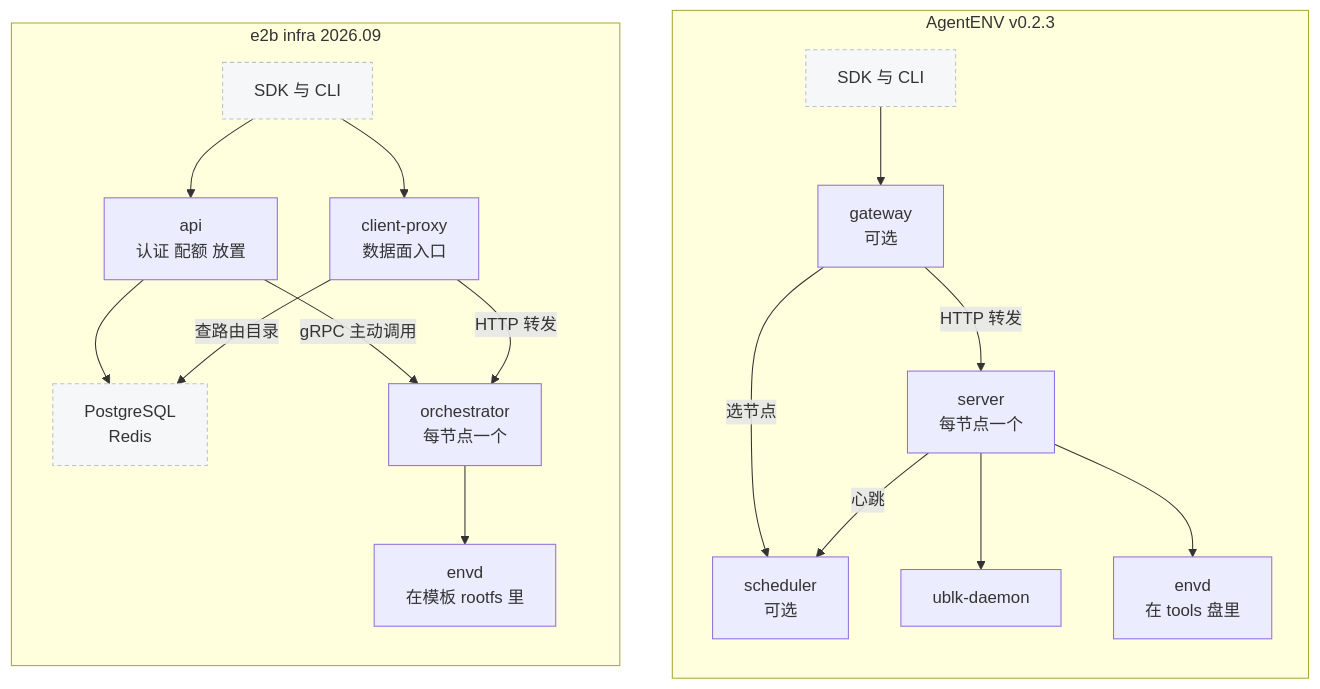
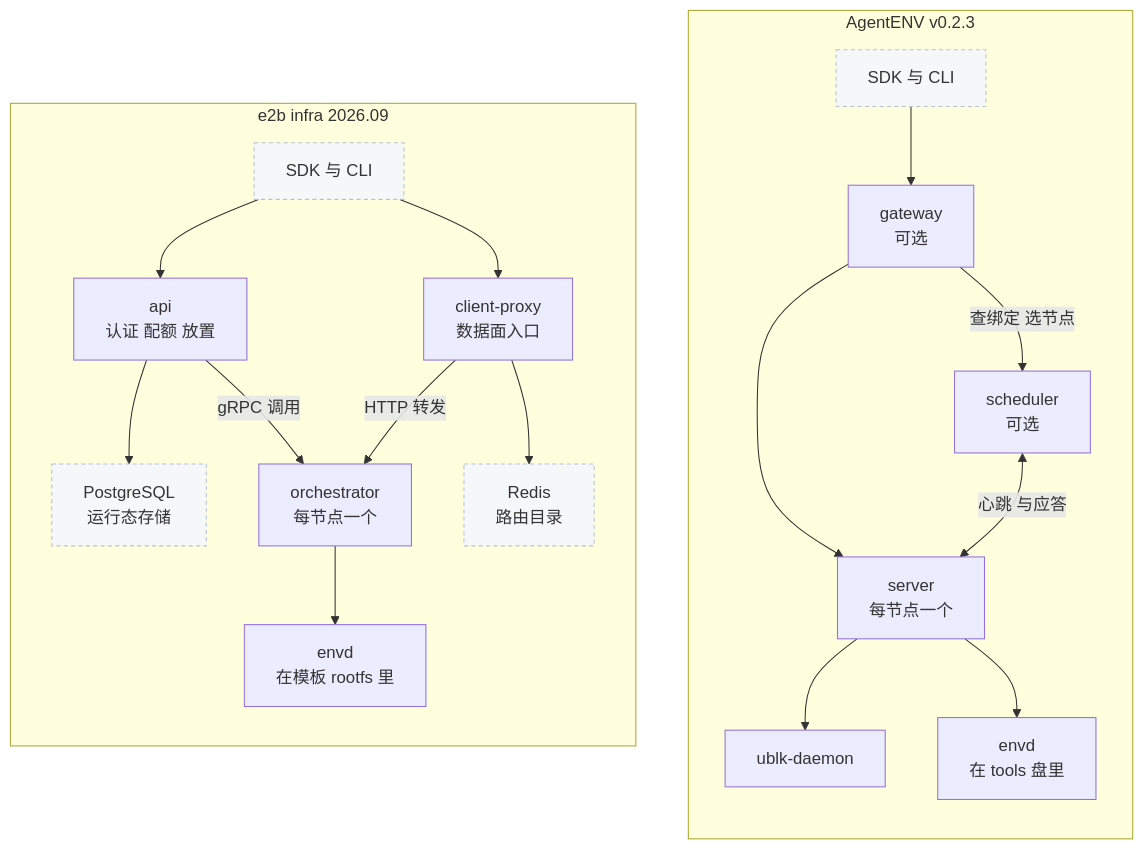
The first of 2 diagrams in agentenv/65-vs-e2b-infra-architecture.md (AustinJiangg/ai-books), drawn with Mermaid before and after one commit. The commit also changed other lines of this file and 14 other files, not shown here.

````diff
--- a/agentenv/65-vs-e2b-infra-architecture.md
+++ b/agentenv/65-vs-e2b-infra-architecture.md
@@ -52,36 +51,37 @@
 ```mermaid
 flowchart LR
     subgraph E["e2b infra 2026.09"]
         direction TB
         ES["SDK 与 CLI"]:::ext
         EA["api<br/>认证 配额 放置"]
         EP["client-proxy<br/>数据面入口"]
-        ED["PostgreSQL<br/>Redis"]:::ext
+        EDB["PostgreSQL<br/>运行态存储"]:::ext
         EO["orchestrator<br/>每节点一个"]
+        ER["Redis<br/>路由目录"]:::ext
         EV["envd<br/>在模板 rootfs 里"]
         ES --> EA
         ES --> EP
-        EA --> ED
-        EP -->|"查路由目录"| ED
-        EA -->|"gRPC 主动调用"| EO
+        EA --> EDB
+        EA -->|"gRPC 调用"| EO
         EP -->|"HTTP 转发"| EO
+        EP --> ER
         EO --> EV
     end
     subgraph A["AgentENV v0.2.3"]
         direction TB
         AS["SDK 与 CLI"]:::ext
         AG["gateway<br/>可选"]
         AC["scheduler<br/>可选"]
         AN["server<br/>每节点一个"]
         AU["ublk-daemon"]
         AV["envd<br/>在 tools 盘里"]
         AS --> AG
-        AG -->|"选节点"| AC
-        AG -->|"HTTP 转发"| AN
-        AN -->|"心跳"| AC
+        AG -->|"查绑定 选节点"| AC
+        AG --> AN
+        AC <-->|"心跳 与应答"| AN
         AN --> AU
         AN --> AV
     end
     E ~~~ A
     classDef ext fill:#f6f7f9,stroke:#b8c2cf,stroke-dasharray:4 3
 ```
````
